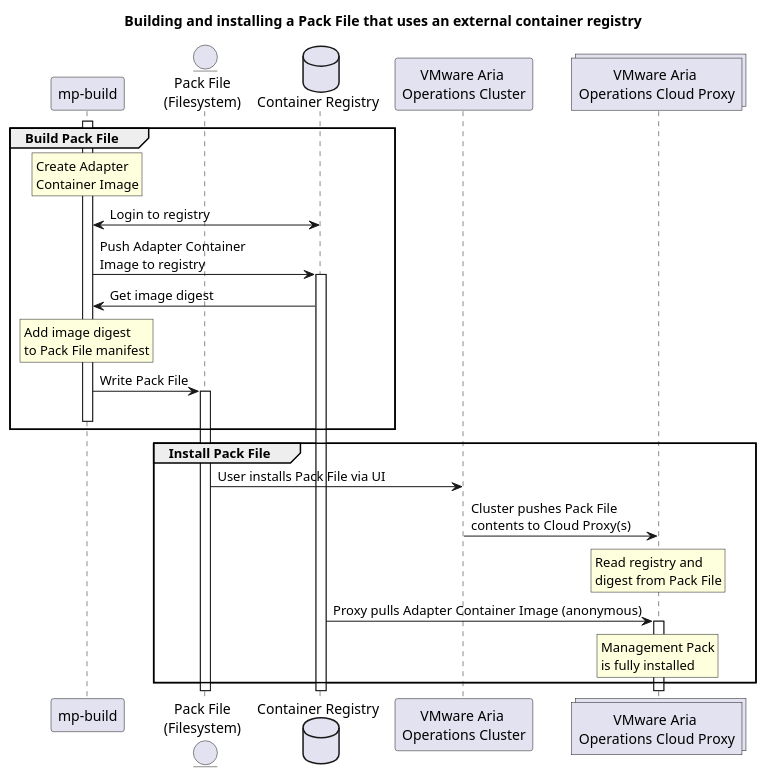
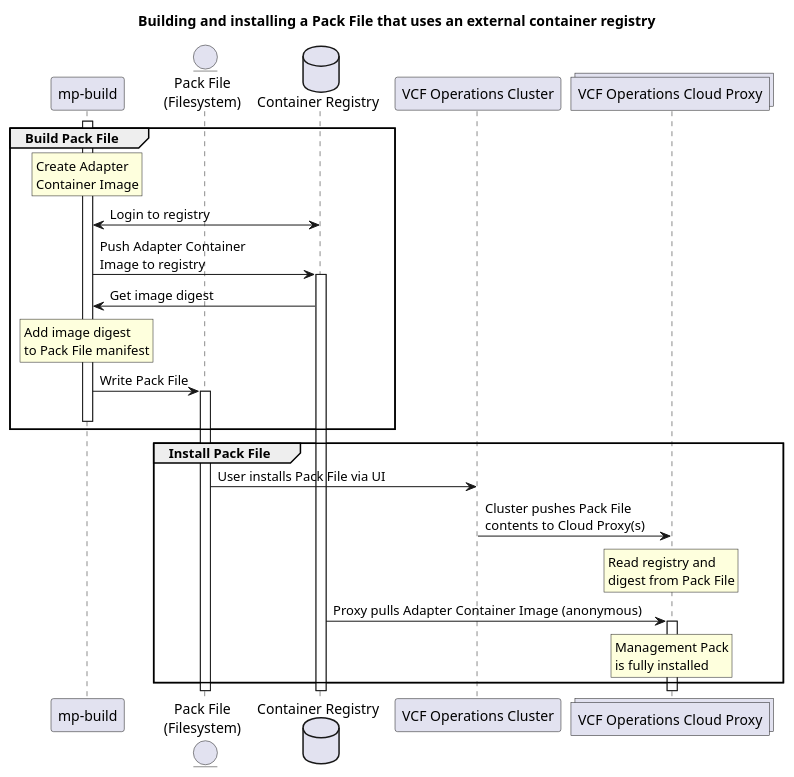
One commit to vmware/vmware-aria-operations-integration-sdk changed the diagram in docs/images/registry.puml. Above: the diagram before and after it, drawn with PlantUML. The commit also changed 21 other files, not shown here.

```diff
--- a/docs/images/registry.puml
+++ b/docs/images/registry.puml
@@ -1,44 +1,44 @@
 @startuml
 !pragma layout smetana
 title "Building and installing a Pack File that uses an external container registry"
 
 participant "mp-build"
 entity "Pack File\n(Filesystem)" as pak
 database "Container Registry" as registry
-participant "VMware Aria \nOperations Cluster" as cluster
-collections "VMware Aria \nOperations Cloud Proxy" as proxy
+participant "VCF Operations Cluster" as cluster
+collections "VCF Operations Cloud Proxy" as proxy
 
 group Build Pack File
     activate "mp-build"
     rnote over "mp-build"
         Create Adapter
         Container Image
     endrnote
     "mp-build" <-> registry : Login to registry
     "mp-build" -> registry : Push Adapter Container\nImage to registry
     activate registry
     "mp-build" <- registry : Get image digest
     rnote over "mp-build"
         Add image digest
         to Pack File manifest
     endrnote
     "mp-build" -> pak : Write Pack File
     activate pak
     deactivate "mp-build"
 end
 
 group Install Pack File
     pak -> cluster : User installs Pack File via UI
     cluster -> proxy : Cluster pushes Pack File\ncontents to Cloud Proxy(s)
     rnote over proxy
         Read registry and
         digest from Pack File
     endrnote
     proxy <- registry : Proxy pulls Adapter Container Image (anonymous)
     rnote over proxy
         Management Pack
         is fully installed
     endrnote
     activate proxy
 end
 @enduml
```
